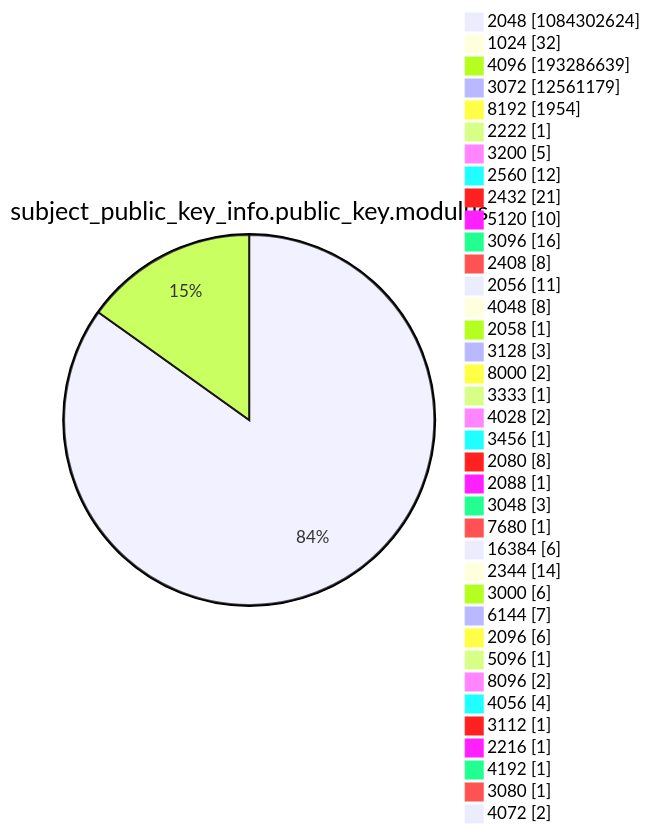
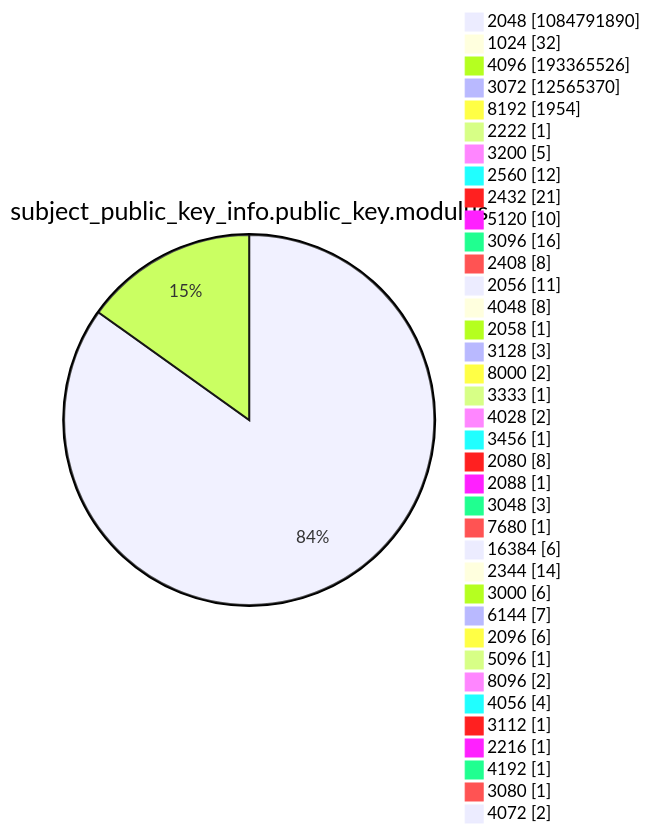
One commit to christiankrug/ctmonitor_visualization changed diagram 13 of 15 in argon2022/README.md. Above: the diagram before and after it, drawn with Mermaid. The commit also changed other lines of this file, not shown here.

````diff
--- a/argon2022/README.md
+++ b/argon2022/README.md
@@ -3589,41 +3589,41 @@
 ```mermaid
 pie showData
 title subject_public_key_info.public_key.modulus
-"2048" :1084302624
+"2048" :1084791890
 "1024" :32
-"4096" :193286639
-"3072" :12561179
+"4096" :193365526
+"3072" :12565370
 "8192" :1954
 "2222" :1
 "3200" :5
 "2560" :12
 "2432" :21
 "5120" :10
 "3096" :16
 "2408" :8
 "2056" :11
 "4048" :8
 "2058" :1
 "3128" :3
 "8000" :2
 "3333" :1
 "4028" :2
 "3456" :1
 "2080" :8
 "2088" :1
 "3048" :3
 "7680" :1
 "16384" :6
 "2344" :14
 "3000" :6
 "6144" :7
 "2096" :6
 "5096" :1
 "8096" :2
 "4056" :4
 "3112" :1
 "2216" :1
 "4192" :1
 "3080" :1
 "4072" :2
 ```
````
